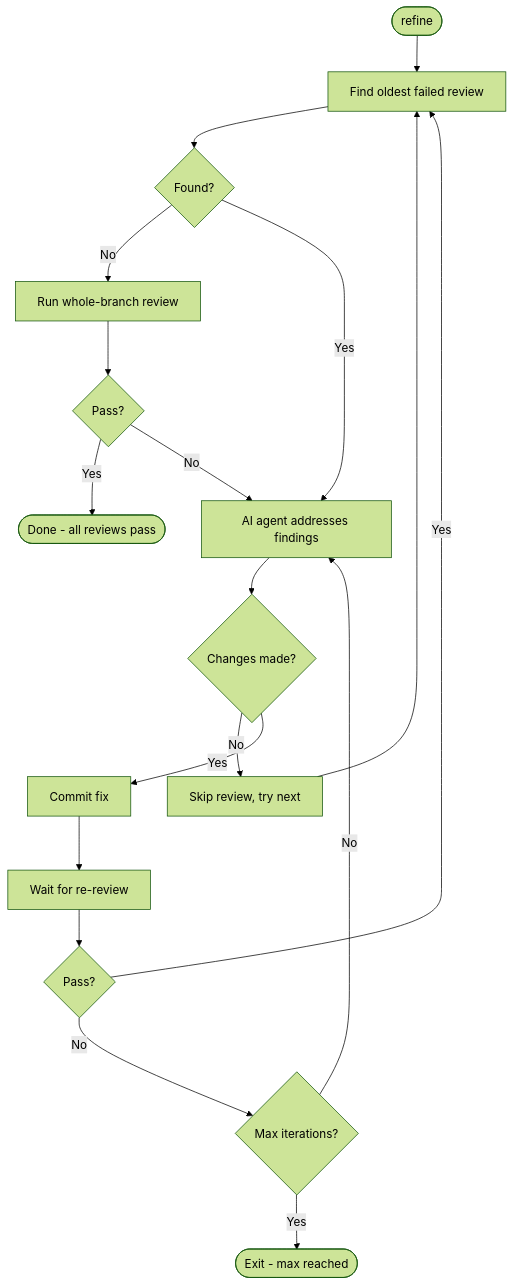
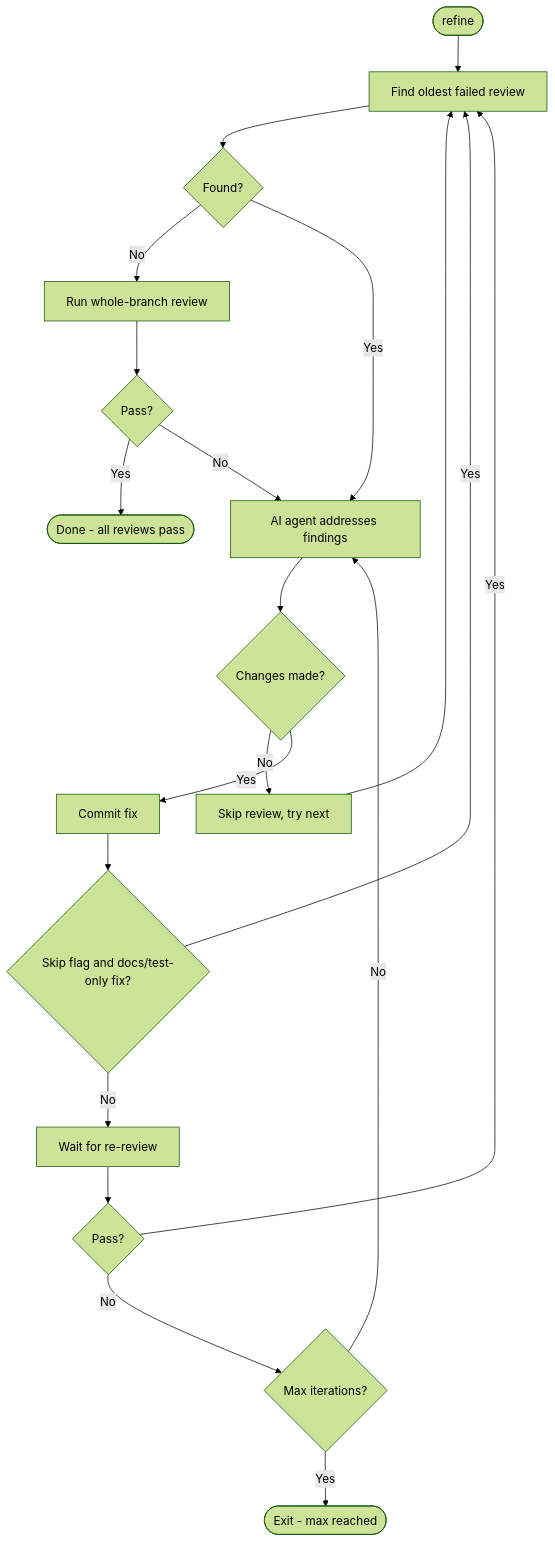
One commit to kenn-io/roborev changed the diagram in docs/guides/auto-fixing.md. Above: the diagram before and after it, drawn with Mermaid (forest theme). The commit also changed other lines of this file and 6 other files, not shown here.

First line of the commit message:
feat(refine): add opt-in skip for trivial fix re-reviews (#1578)

````diff
--- a/docs/guides/auto-fixing.md
+++ b/docs/guides/auto-fixing.md
@@ -44,20 +44,22 @@
 ```mermaid
 flowchart TD
     Start([refine]) --> Find[Find oldest failed review]
     Find --> A{Found?}
     A -->|No| Branch[Run whole-branch review]
     Branch --> C{Pass?}
     C -->|Yes| Done([Done - all reviews pass])
     C -->|No| Fix
     A -->|Yes| Fix[AI agent addresses findings]
     Fix --> Changes{Changes made?}
     Changes -->|No| Skip[Skip review, try next]
     Skip --> Find
     Changes -->|Yes| Commit[Commit fix]
-    Commit --> Wait[Wait for re-review]
+    Commit --> Trivial{Skip flag and docs/test-only fix?}
+    Trivial -->|Yes| Find
+    Trivial -->|No| Wait[Wait for re-review]
     Wait --> Pass{Pass?}
     Pass -->|Yes| Find
     Pass -->|No| MaxCheck{Max iterations?}
     MaxCheck -->|No| Fix
     MaxCheck -->|Yes| Fail([Exit - max reached])
 ```
````
